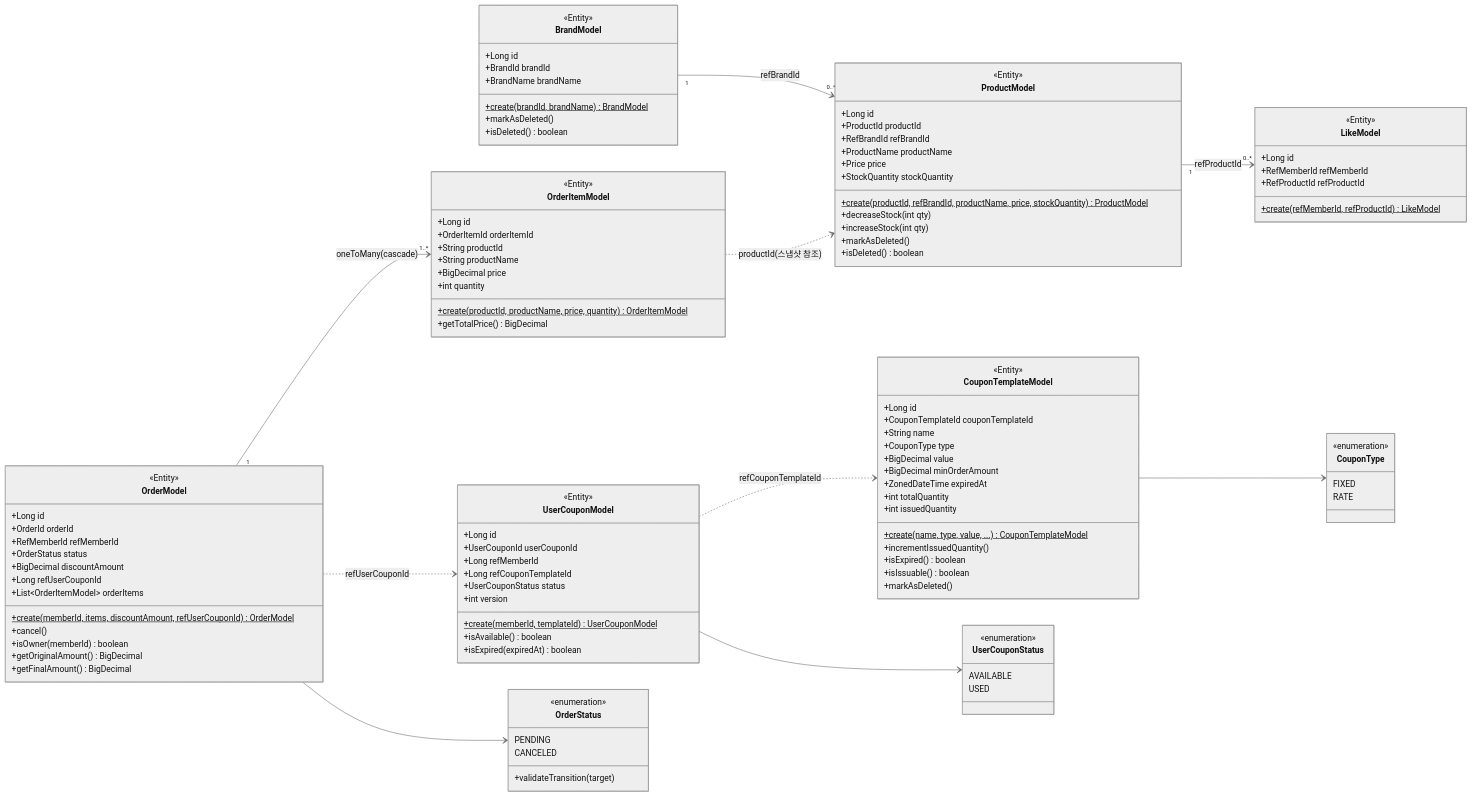
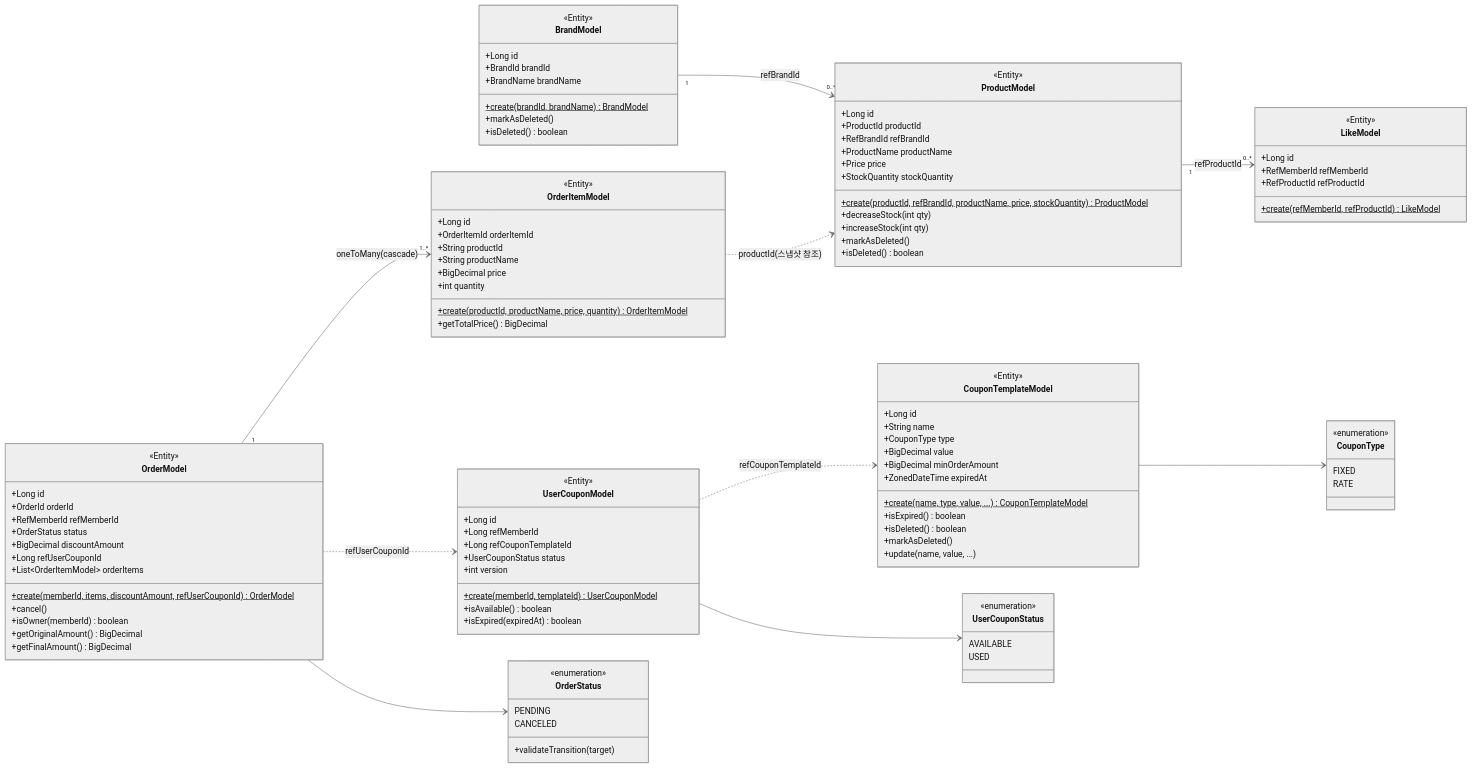
Before and after one commit to YoHanKi/loop-pack-be-l2-vol3-java: the second of 9 diagrams in docs/design/03-class-diagram.md, drawn with Mermaid (neutral theme). The commit also changed other lines of this file and 2 other files, not shown here.

```diff
--- a/docs/design/03-class-diagram.md
+++ b/docs/design/03-class-diagram.md
@@ -105,25 +105,21 @@
     class CouponTemplateModel {
         <<Entity>>
         +Long id
-        +CouponTemplateId couponTemplateId
         +String name
         +CouponType type
         +BigDecimal value
         +BigDecimal minOrderAmount
         +ZonedDateTime expiredAt
-        +int totalQuantity
-        +int issuedQuantity
         +create(name, type, value, ...) CouponTemplateModel$
-        +incrementIssuedQuantity()
         +isExpired() boolean
-        +isIssuable() boolean
+        +isDeleted() boolean
         +markAsDeleted()
+        +update(name, value, ...)
     }
 
     class UserCouponModel {
         <<Entity>>
         +Long id
-        +UserCouponId userCouponId
         +Long refMemberId
         +Long refCouponTemplateId
         +UserCouponStatus status
```
